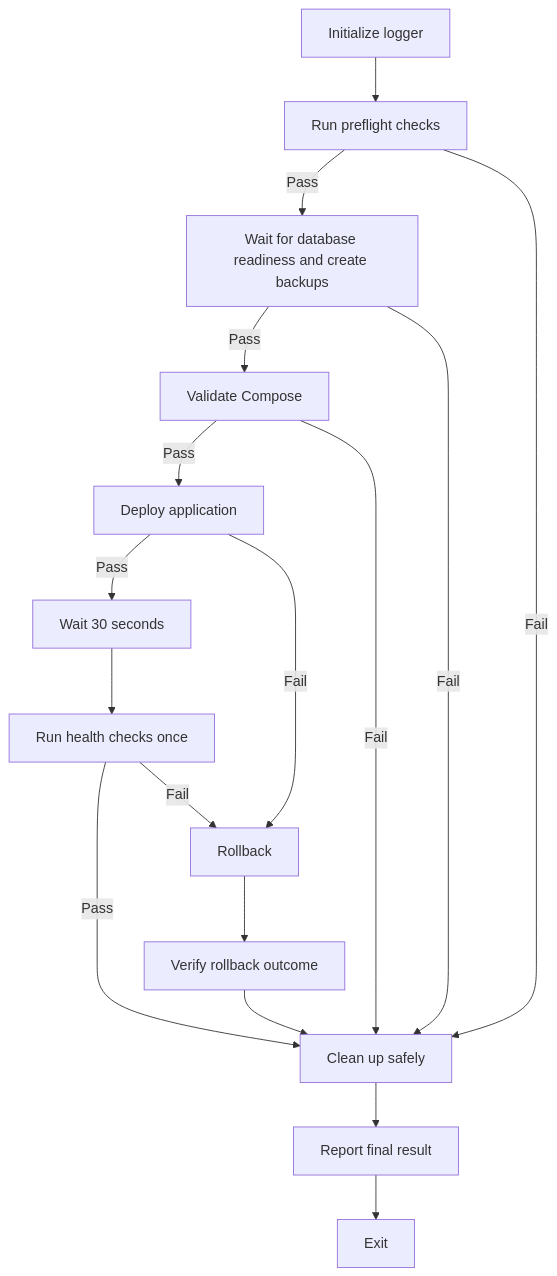
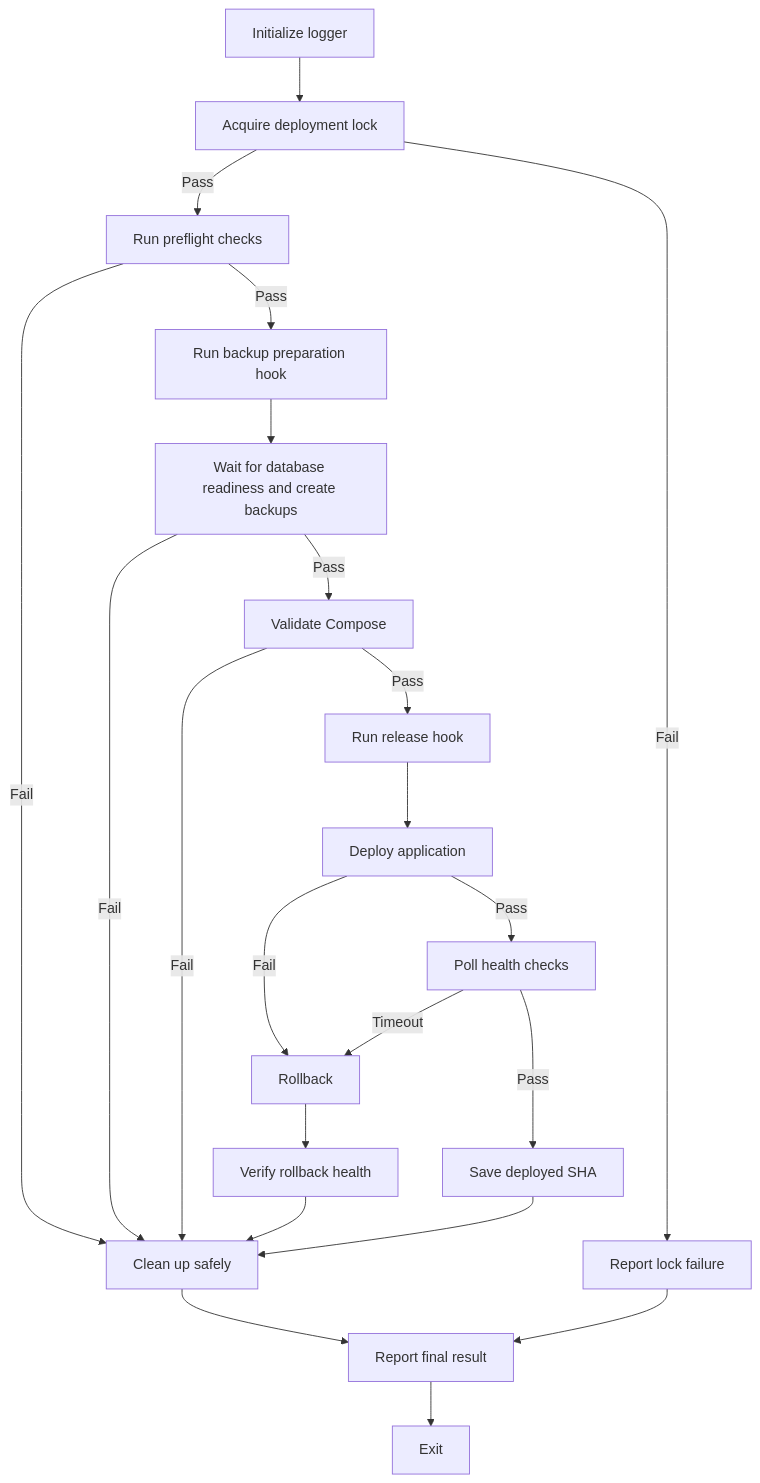
The diagram in skills/docker-deployment-automation/SKILL.md (awenmirasol234/opencode), drawn with Mermaid before and after one commit. The commit also changed other lines of this file and 2 other files, not shown here.

Commit message:
docs: refresh Docker deployment automation guidance

````diff
--- a/skills/docker-deployment-automation/SKILL.md
+++ b/skills/docker-deployment-automation/SKILL.md
@@ -70,26 +70,31 @@
 ```mermaid
 flowchart TD
-    A[Initialize logger] --> B[Run preflight checks]
+    A[Initialize logger] --> B[Acquire deployment lock]
+    B -->|Pass| C[Run preflight checks]
+    B -->|Fail| Z[Report lock failure]
 
-    B -->|Pass| C[Wait for database readiness and create backups]
-    B -->|Fail| K[Clean up safely]
+    C -->|Pass| D[Run backup preparation hook]
+    C -->|Fail| K[Clean up safely]
 
-    C -->|Pass| D[Validate Compose]
-    C -->|Fail| K
+    D --> E[Wait for database readiness and create backups]
+    E -->|Pass| F[Validate Compose]
+    E -->|Fail| K
 
-    D -->|Pass| E[Deploy application]
-    D -->|Fail| K
+    F -->|Pass| G[Run release hook]
+    F -->|Fail| K
 
-    E -->|Pass| F[Wait 30 seconds]
-    F --> G[Run health checks once]
-    E -->|Fail| H[Rollback]
+    G --> H[Deploy application]
+    H -->|Pass| I[Poll health checks]
+    H -->|Fail| J[Rollback]
 
-    G -->|Pass| K
-    G -->|Fail| H
+    I -->|Pass| L[Save deployed SHA]
+    I -->|Timeout| J
 
-    H --> I[Verify rollback outcome]
-    I --> K
+    J --> M[Verify rollback health]
+    M --> K[Clean up safely]
+    L --> K
 
-    K --> L[Report final result]
-    L --> M[Exit]
+    K --> N[Report final result]
+    N --> O[Exit]
+    Z --> N
 ```
````
